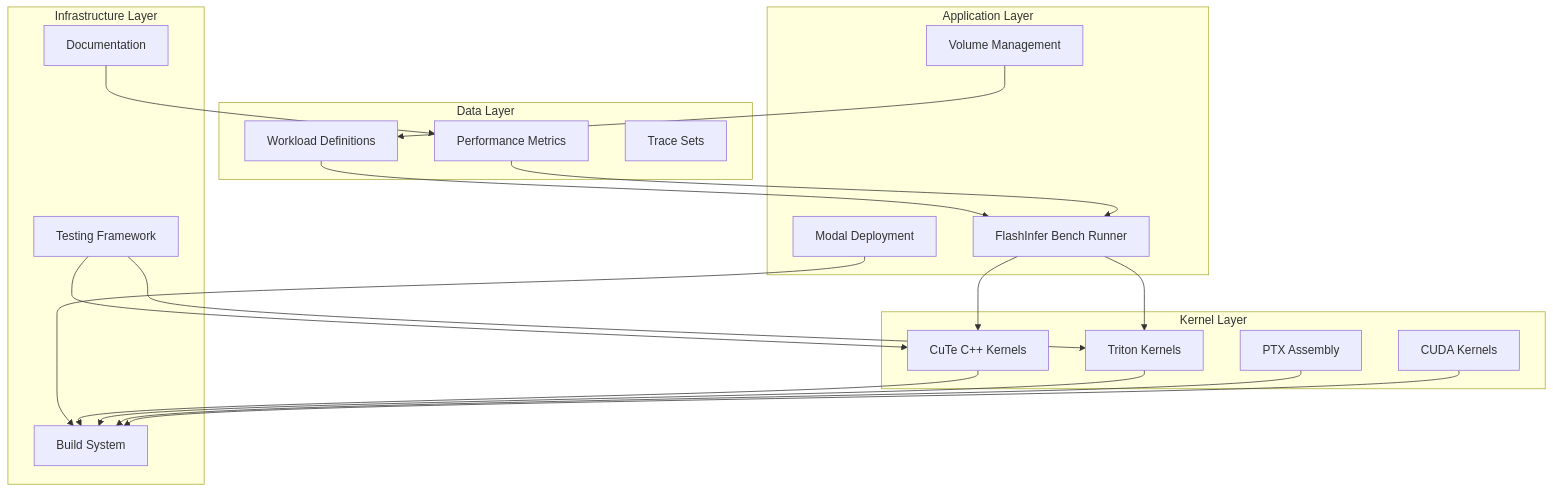
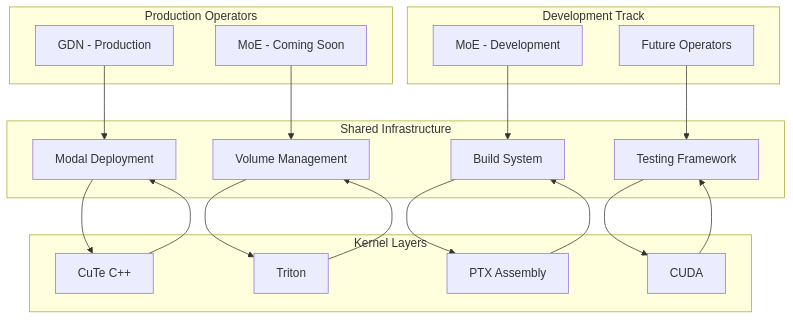
Before and after one commit to gugudeshubao/flashinfer-bench-tma-thrust: the first of 4 diagrams in .qoder/repowiki/en/content/Project Overview/Next Development Roadmap.md, drawn with Mermaid. The commit also changed other lines of this file and 23 other files, not shown here.

````diff
--- a/.qoder/repowiki/en/content/Project Overview/Next Development Roadmap.md
+++ b/.qoder/repowiki/en/content/Project Overview/Next Development Roadmap.md
@@ -56,37 +65,35 @@
 ```mermaid
 graph TB
-subgraph "Application Layer"
-A[FlashInfer Bench Runner]
-B[Modal Deployment]
-C[Volume Management]
+subgraph "Production Operators"
+A[GDN - Production]
+B[MoE - Coming Soon]
 end
-subgraph "Kernel Layer"
-D[CuTe C++ Kernels]
-E[Triton Kernels]
-F[PTX Assembly]
-G[CUDA Kernels]
+subgraph "Development Track"
+C[MoE - Development]
+D[Future Operators]
 end
-subgraph "Infrastructure Layer"
-H[Build System]
-I[Testing Framework]
-J[Documentation]
+subgraph "Shared Infrastructure"
+E[Modal Deployment]
+F[Volume Management]
+G[Build System]
+H[Testing Framework]
 end
-subgraph "Data Layer"
-K[Workload Definitions]
-L[Performance Metrics]
-M[Trace Sets]
+subgraph "Kernel Layers"
+I[CuTe C++]
+J[Triton]
+K[PTX Assembly]
+L[CUDA]
 end
-A --> D
 A --> E
-B --> H
-C --> K
+B --> F
+C --> G
 D --> H
-E --> H
-F --> H
-G --> H
-I --> D
+E --> I
+F --> J
+G --> K
+H --> L
 I --> E
-J --> L
-K --> A
-L --> A
+J --> F
+K --> G
+L --> H
 ```
````
